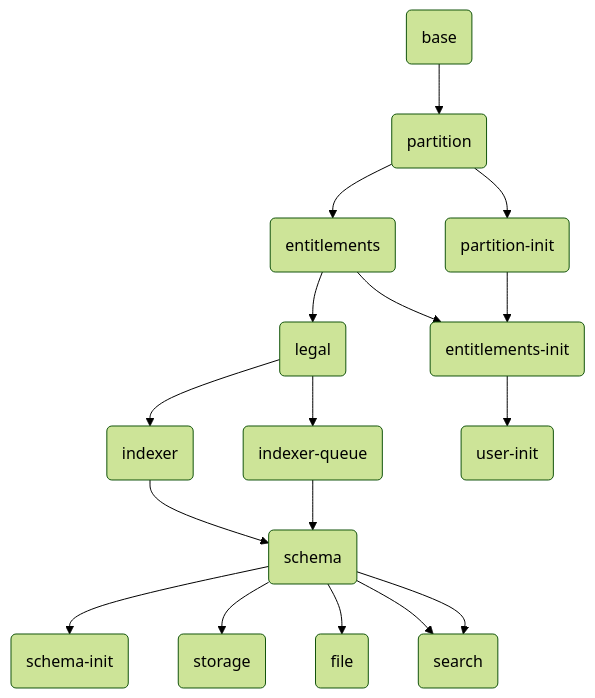
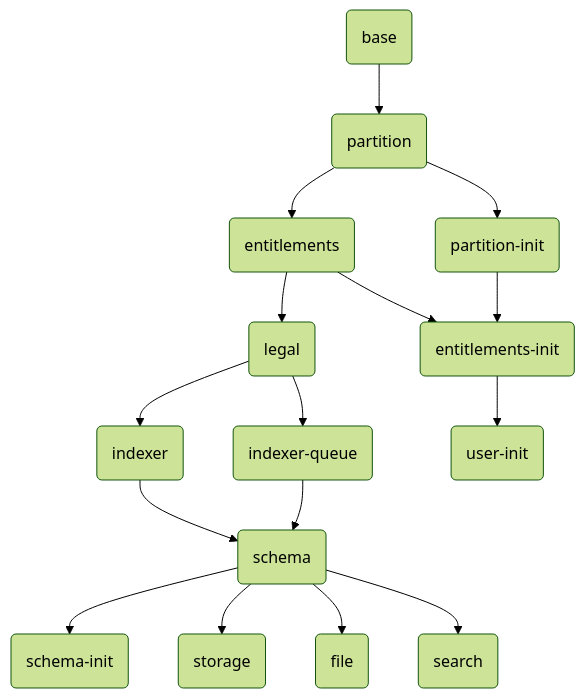
The diagram in software/applications/osdu-core/README.md (Azure/osdu-developer), drawn with Mermaid (forest theme) before and after one commit. The commit also changed 2 other files, not shown here.

Commit message:
Reorder sequence.

````diff
--- a/software/applications/osdu-core/README.md
+++ b/software/applications/osdu-core/README.md
@@ -3,35 +3,33 @@
 ```mermaid
 flowchart TD
   base("base")
   partition("partition")
   partition_init("partition-init")
   entitlements("entitlements")
   entitlements_init("entitlements-init")
   legal("legal")
   indexer("indexer")
   indexer_queue("indexer-queue")
   user_init("user-init")
   schema("schema")
   schema_init("schema-init")
   storage("storage")
   file("file")
   search("search")
 
   base-->partition
   partition-->entitlements
   partition-->partition_init
   entitlements-->entitlements_init
   partition_init-->entitlements_init
   entitlements_init-->user_init
   entitlements-->legal
   legal-->indexer
   legal-->indexer_queue
-  
   indexer-->schema
   indexer_queue-->schema
   schema-->schema_init
   schema-->storage
   schema-->file
   schema-->search
-  schema-->search
 ```
````
